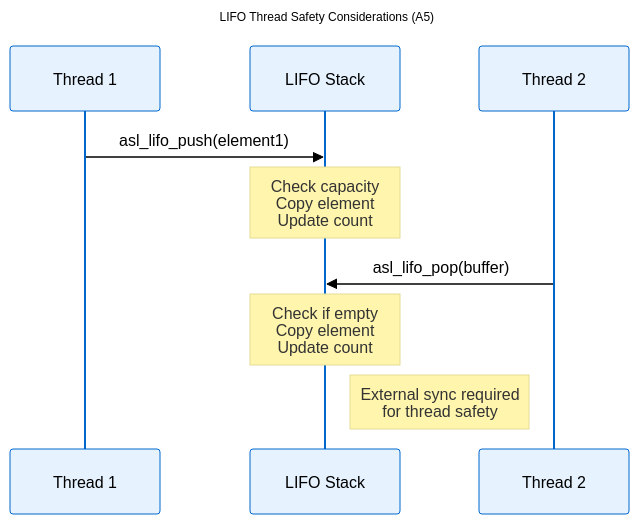
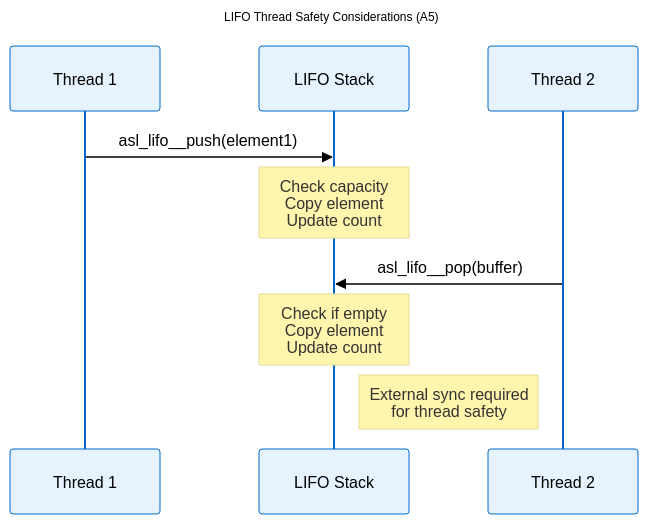
Before and after one commit to ABD-01/quantum-harmony: the first of 2 diagrams in architecture/logical_view_lifo_threading.md, drawn with Mermaid. The commit also changed other lines of this file and 67 other files, not shown here.

````diff
--- a/architecture/logical_view_lifo_threading.md
+++ b/architecture/logical_view_lifo_threading.md
@@ -18,29 +18,29 @@
 ```mermaid
 ---
 title: LIFO Thread Safety Considerations (A5)
 config:
   theme: base
   themeVariables:
     background: "#ffffff"
     primaryColor: "#e6f3ff"
     primaryTextColor: "#000000"
     primaryBorderColor: "#0066cc"
     lineColor: "#000000"
     secondaryColor: "#f0f0f0"
     tertiaryColor: "#cccccc"
     fontFamily: "arial"
     fontSize: "12px"
 ---
 sequenceDiagram
     participant T1 as Thread 1
     participant S as LIFO Stack
     participant T2 as Thread 2
     
-    T1->>S: asl_lifo_push(element1)
+    T1->>S: asl_lifo__push(element1)
     Note over S: Check capacity<br/>Copy element<br/>Update count
     
-    T2->>S: asl_lifo_pop(buffer)
+    T2->>S: asl_lifo__pop(buffer)
     Note over S: Check if empty<br/>Copy element<br/>Update count
     
     Note right of S: External sync required<br/>for thread safety
 ```
````
